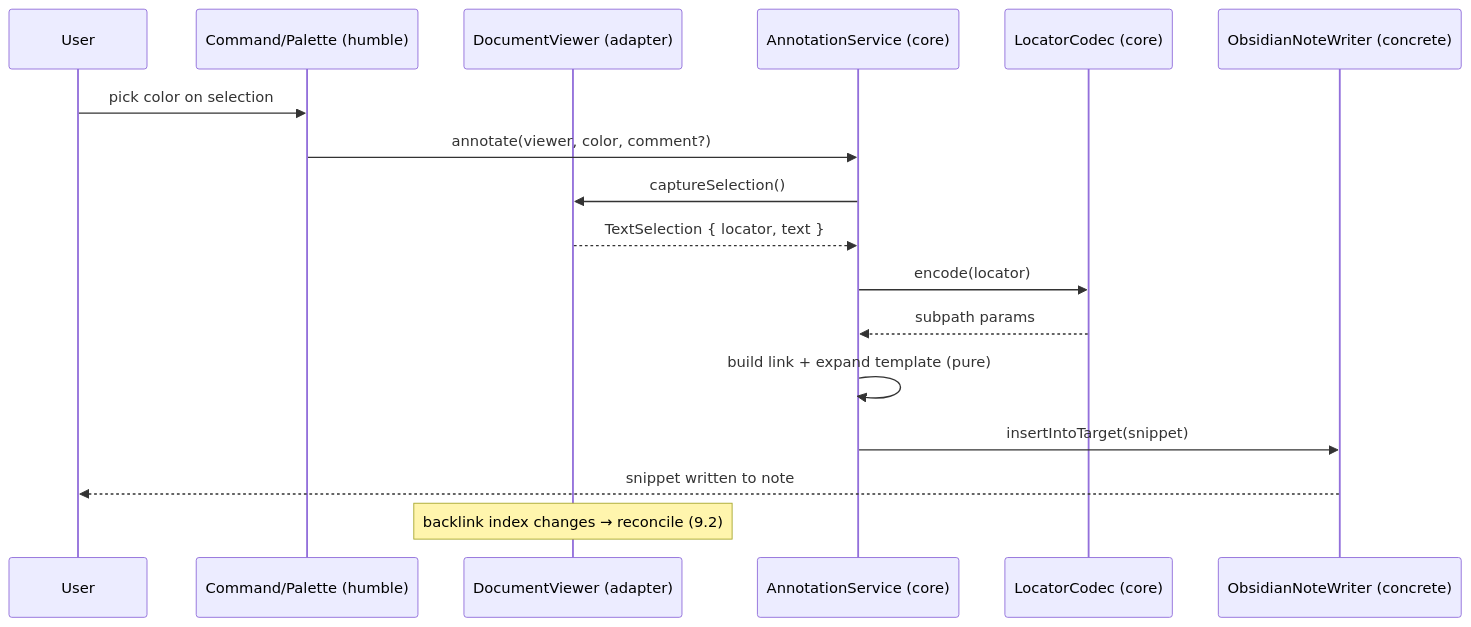
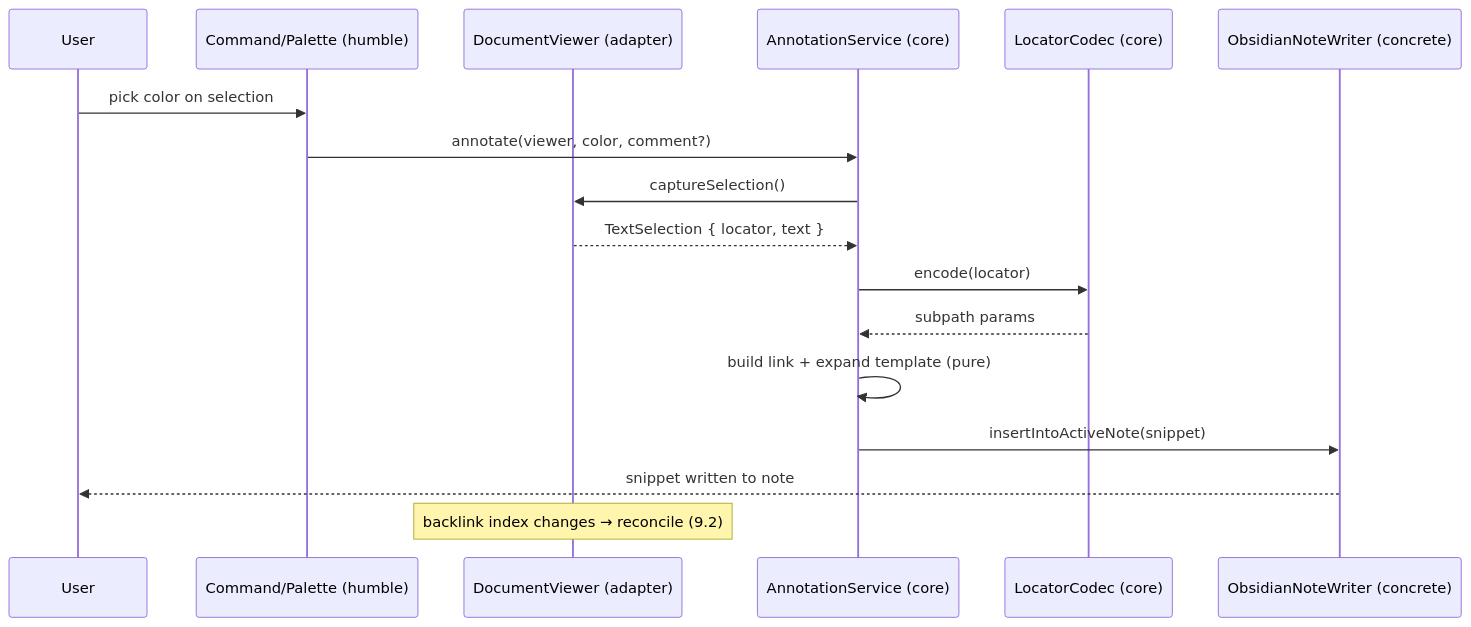
Before and after one commit to tkuramot/obsidian-maki: the second of 3 diagrams in docs/design.md, drawn with Mermaid. The commit also changed other lines of this file and 7 other files, not shown here.

First line of the commit message:
Always insert into the last-active note, dropping the target setting

````diff
--- a/docs/design.md
+++ b/docs/design.md
@@ -561,20 +560,20 @@
 ```mermaid
 sequenceDiagram
   participant U as User
   participant CMD as Command/Palette (humble)
   participant V as DocumentViewer (adapter)
   participant AS as AnnotationService (core)
   participant C as LocatorCodec (core)
   participant NW as ObsidianNoteWriter (concrete)
 
   U->>CMD: pick color on selection
   CMD->>AS: annotate(viewer, color, comment?)
   AS->>V: captureSelection()
   V-->>AS: TextSelection { locator, text }
   AS->>C: encode(locator)
   C-->>AS: subpath params
   AS->>AS: build link + expand template (pure)
-  AS->>NW: insertIntoTarget(snippet)
+  AS->>NW: insertIntoActiveNote(snippet)
   NW-->>U: snippet written to note
   Note over V: backlink index changes → reconcile (9.2)
 ```
````
